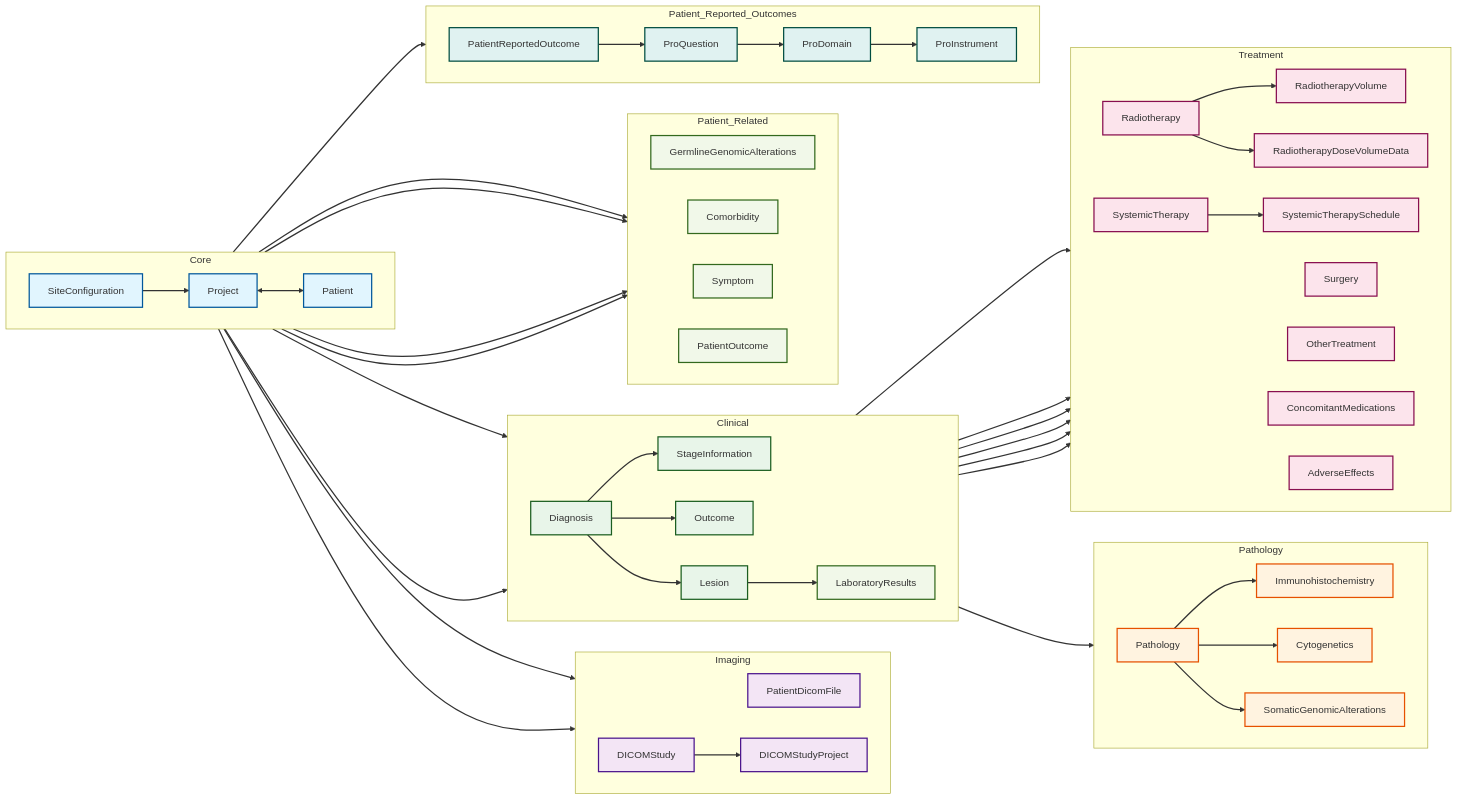
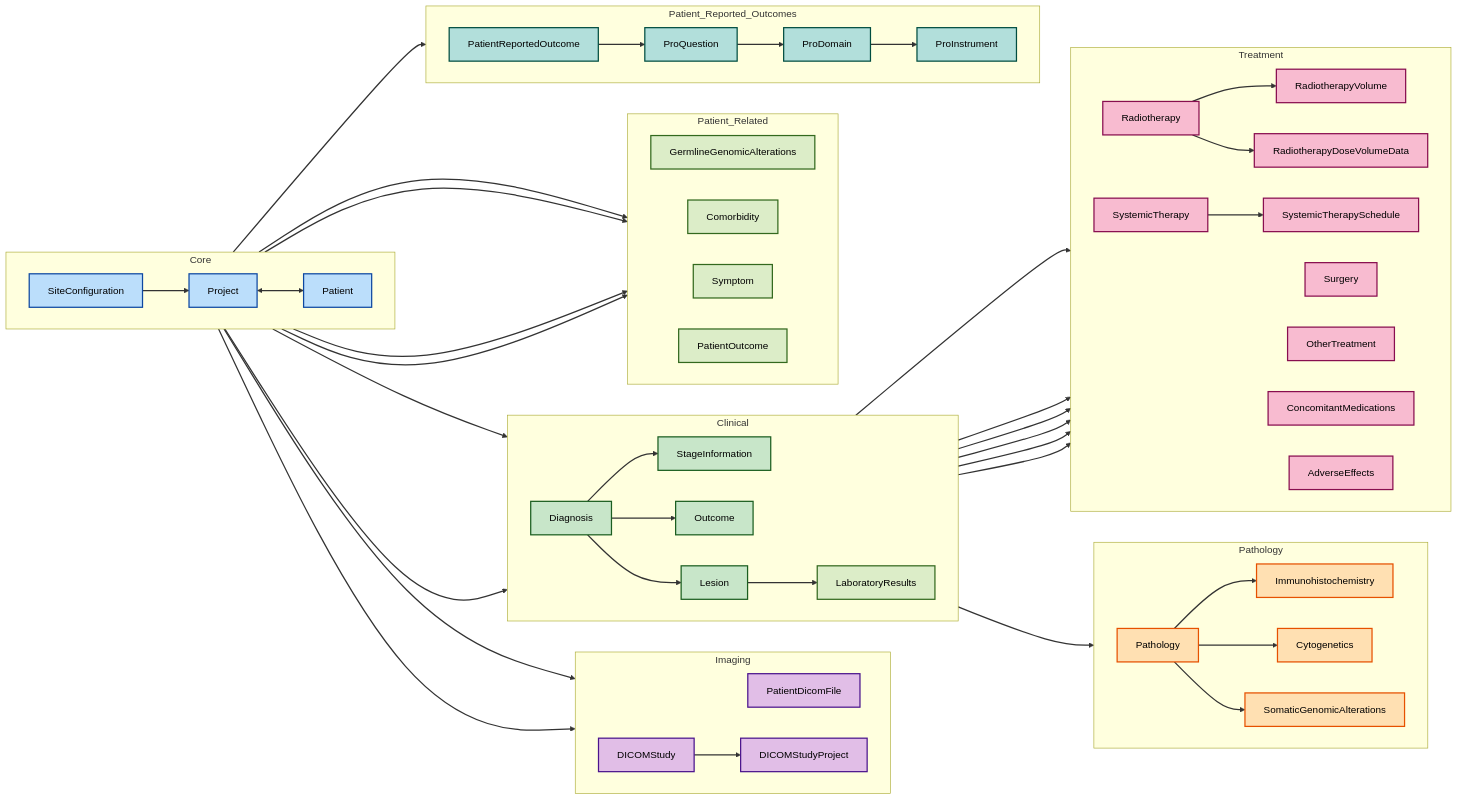
One commit to CHAVI-India/CHAVI-Client changed the diagram in README.md. Above: the diagram before and after it, drawn with Mermaid.

Commit message:
Modified text and color in relationship diagram.

```diff
--- a/README.md
+++ b/README.md
@@ -322,13 +322,13 @@
         PD --> PI
     end
 
-classDef core fill:#e1f5fe,stroke:#01579b,stroke-width:2px
-classDef imaging fill:#f3e5f5,stroke:#4a148c,stroke-width:2px
-classDef clinical fill:#e8f5e9,stroke:#1b5e20,stroke-width:2px
-classDef pathology fill:#fff3e0,stroke:#e65100,stroke-width:2px
-classDef treatment fill:#fce4ec,stroke:#880e4f,stroke-width:2px
-classDef patient fill:#f1f8e9,stroke:#33691e,stroke-width:2px
-classDef pro fill:#e0f2f1,stroke:#004d40,stroke-width:2px
+classDef core fill:#bbdefb,stroke:#0d47a1,stroke-width:2px,color:#000000
+classDef imaging fill:#e1bee7,stroke:#4a148c,stroke-width:2px,color:#000000
+classDef clinical fill:#c8e6c9,stroke:#1b5e20,stroke-width:2px,color:#000000
+classDef pathology fill:#ffe0b2,stroke:#e65100,stroke-width:2px,color:#000000
+classDef treatment fill:#f8bbd0,stroke:#880e4f,stroke-width:2px,color:#000000
+classDef patient fill:#dcedc8,stroke:#33691e,stroke-width:2px,color:#000000
+classDef pro fill:#b2dfdb,stroke:#004d40,stroke-width:2px,color:#000000
 
 class SC,P,PT core
 class PDF,DS,DSP imaging
```
